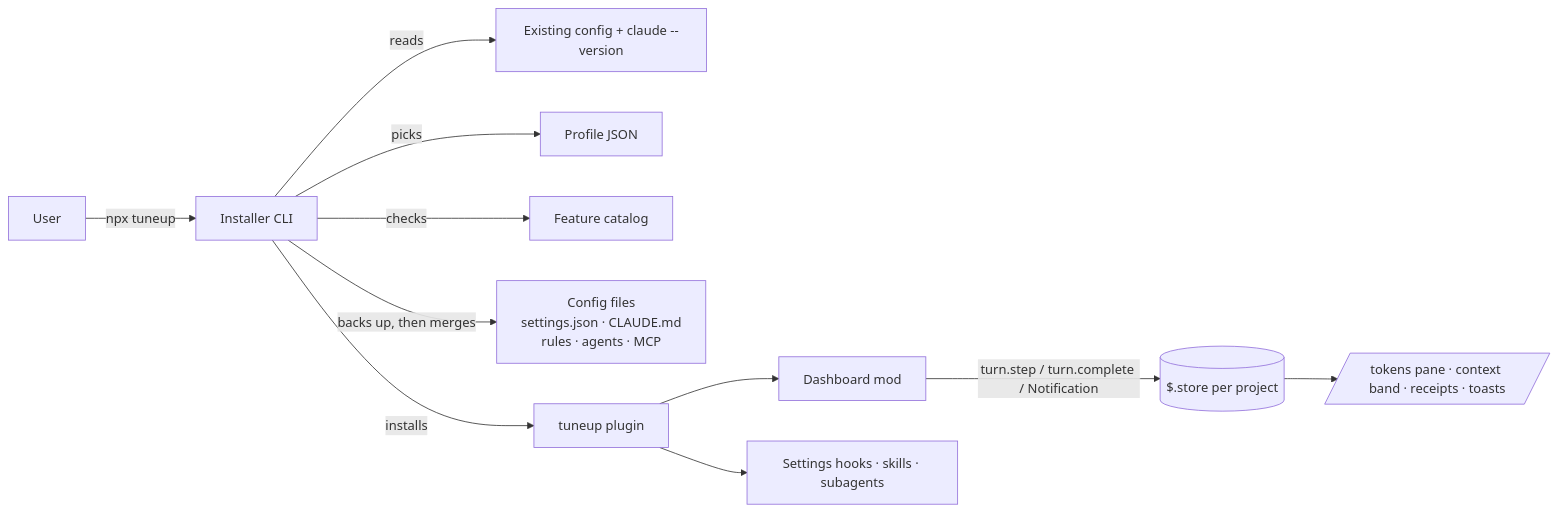
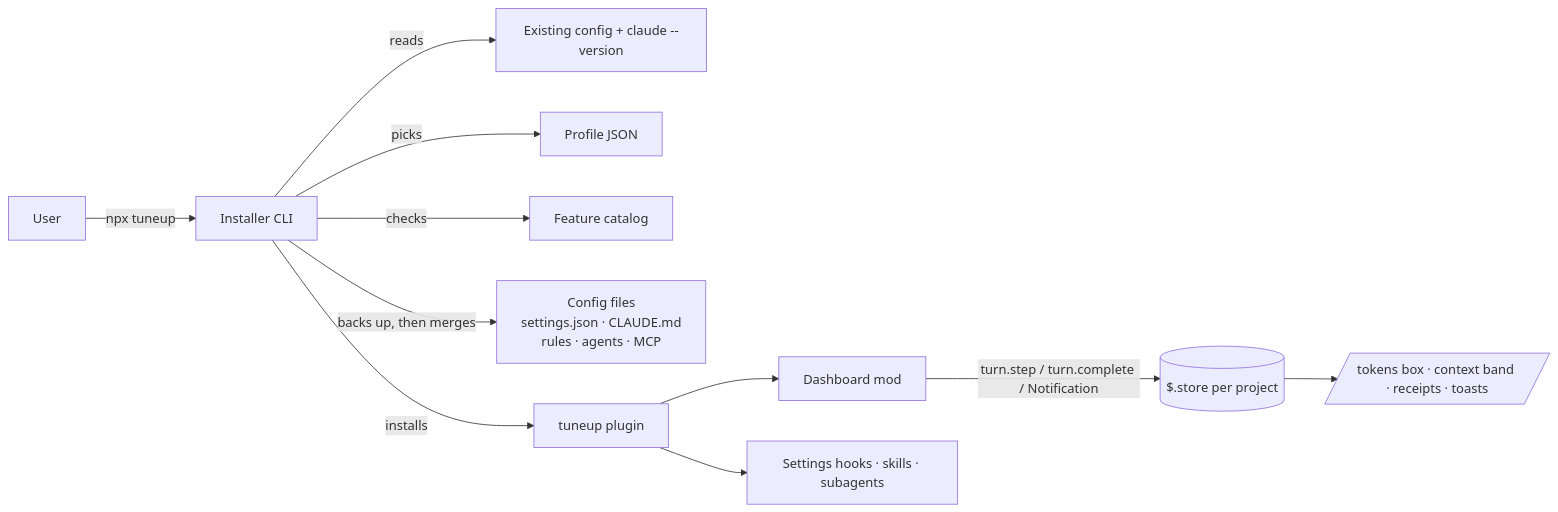
The diagram in architecture.md (shloksrivastava2509/Tuneup), drawn with Mermaid before and after one commit. The commit also changed other lines of this file and 11 other files, not shown here.

````diff
--- a/architecture.md
+++ b/architecture.md
@@ -5,13 +5,13 @@
 ```mermaid
 flowchart LR
     U[User] -->|npx tuneup| I[Installer CLI]
     I -->|reads| D[Existing config + claude --version]
     I -->|picks| P[Profile JSON]
     I -->|checks| C[Feature catalog]
     I -->|backs up, then merges| F[Config files<br/>settings.json · CLAUDE.md<br/>rules · agents · MCP]
     I -->|installs| PL[tuneup plugin]
     PL --> M[Dashboard mod]
     PL --> H[Settings hooks · skills · subagents]
     M -->|turn.step / turn.complete / Notification| S[($.store per project)]
-    S --> V[/tokens pane · context band · receipts · toasts/]
+    S --> V[/tokens box · context band · receipts · toasts/]
 ```
````
